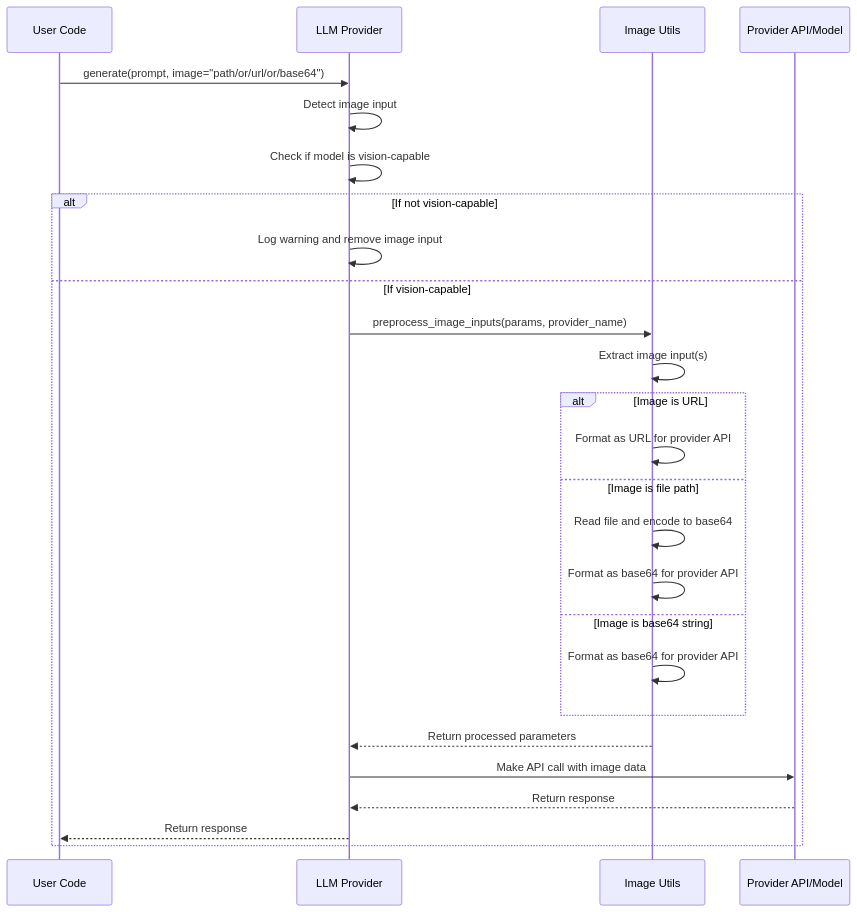
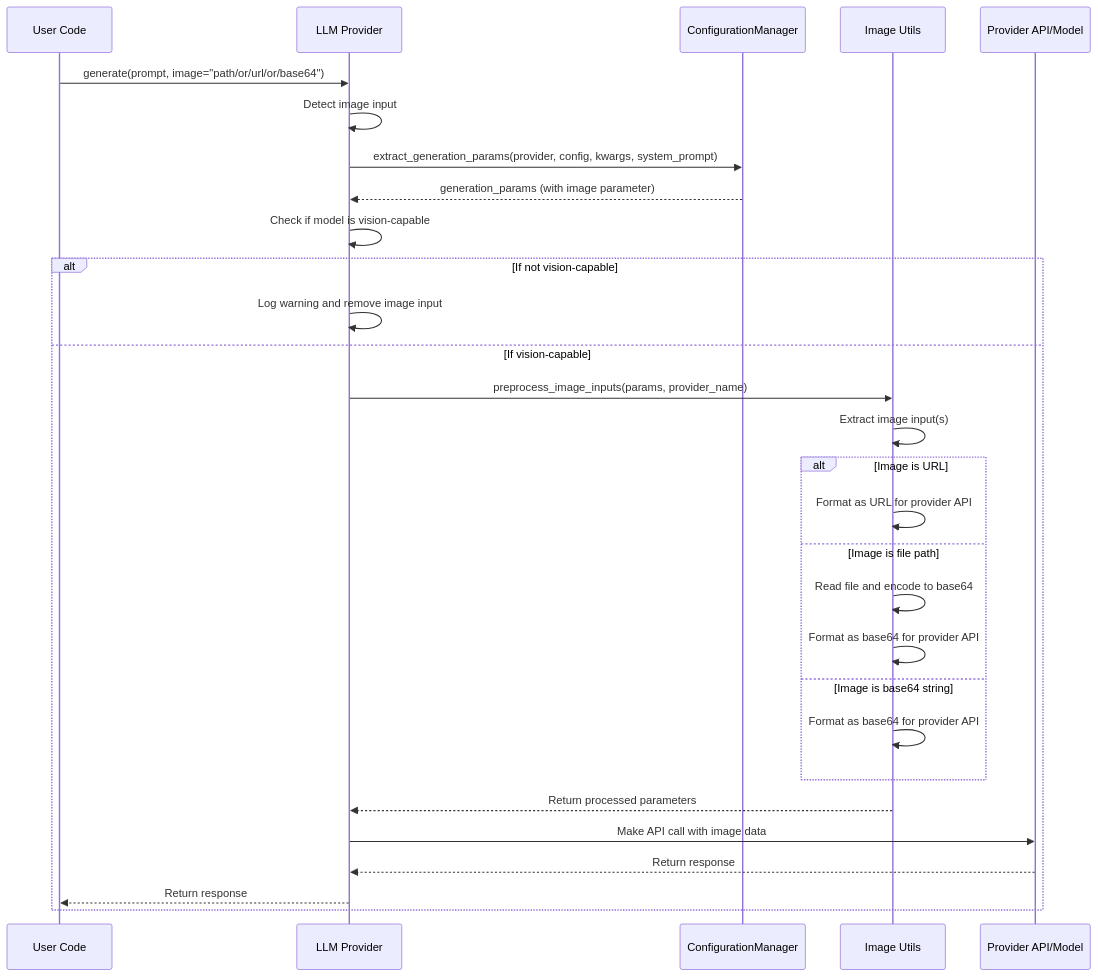
The second of 9 diagrams in docs/data_flow.md (lpalbou/AbstractLLM), drawn with Mermaid before and after one commit. The commit also changed other lines of this file and 32 other files, not shown here.

````diff
--- a/docs/data_flow.md
+++ b/docs/data_flow.md
@@ -63,34 +70,38 @@
 ```mermaid
 sequenceDiagram
     participant User as User Code
     participant Provider as LLM Provider
+    participant ConfigMgr as ConfigurationManager
     participant Utils as Image Utils
     participant External as Provider API/Model
     
     User->>Provider: generate(prompt, image="path/or/url/or/base64")
     Provider->>Provider: Detect image input
+    Provider->>ConfigMgr: extract_generation_params(provider, config, kwargs, system_prompt)
+    ConfigMgr-->>Provider: generation_params (with image parameter)
+    
     Provider->>Provider: Check if model is vision-capable
     
     alt If not vision-capable
         Provider->>Provider: Log warning and remove image input
     else If vision-capable
         Provider->>Utils: preprocess_image_inputs(params, provider_name)
         
         Utils->>Utils: Extract image input(s)
         
         alt Image is URL
             Utils->>Utils: Format as URL for provider API
         else Image is file path
             Utils->>Utils: Read file and encode to base64
             Utils->>Utils: Format as base64 for provider API
         else Image is base64 string
             Utils->>Utils: Format as base64 for provider API
         end
         
         Utils-->>Provider: Return processed parameters
         
         Provider->>External: Make API call with image data
         External-->>Provider: Return response
         Provider-->>User: Return response
     end
 ```
````
